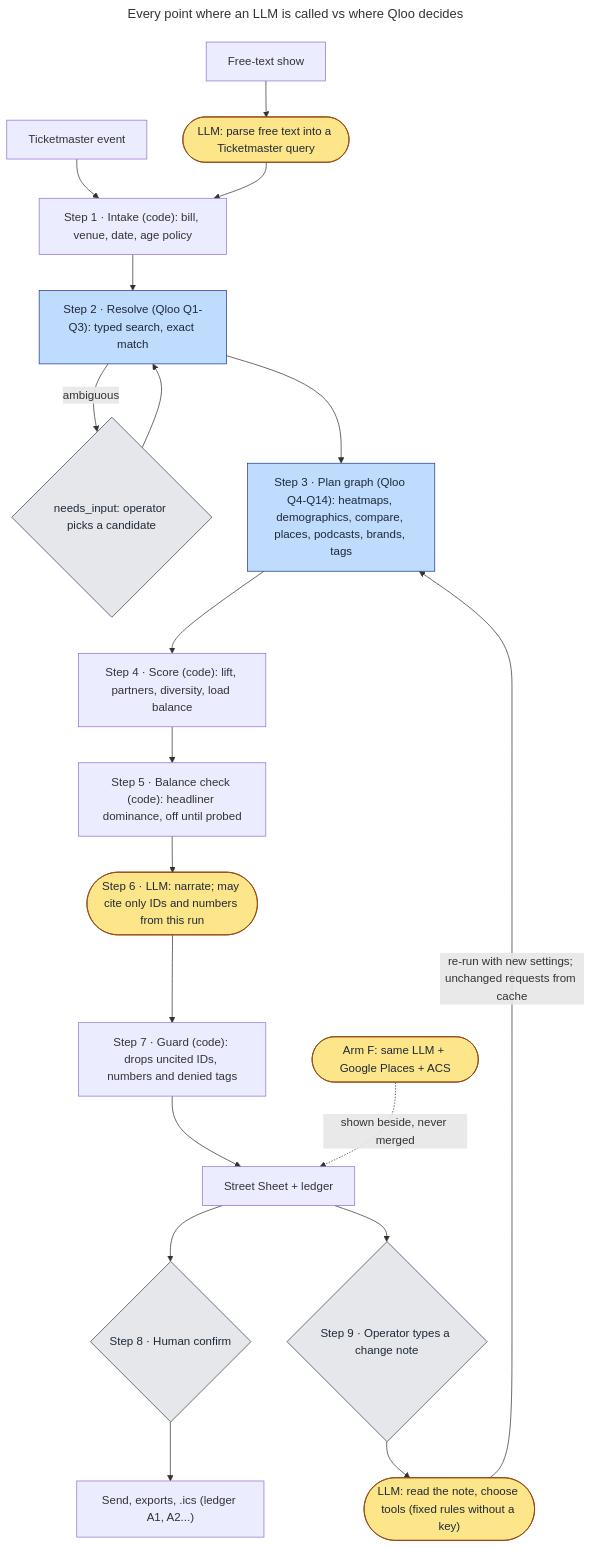
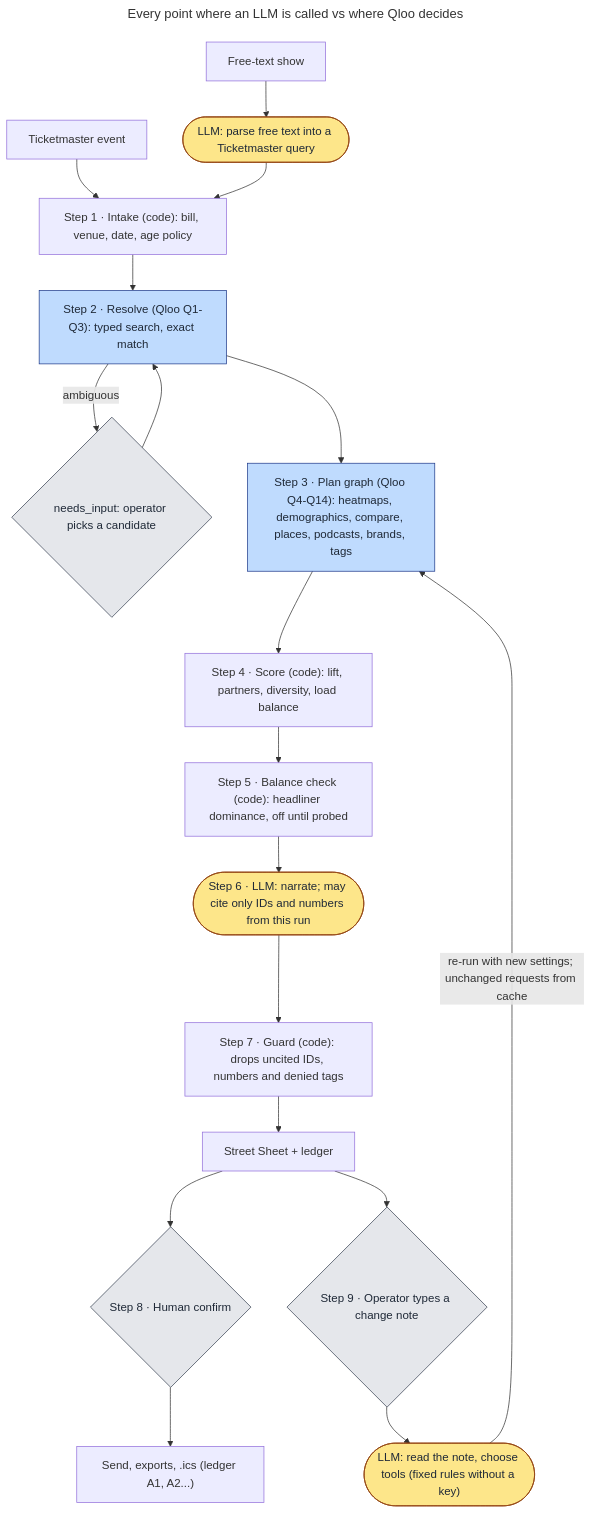
The diagram in README.md (TAUIL-Abd-Elilah/walkup), drawn with Mermaid before and after one commit. The commit also changed other lines of this file and 93 other files, not shown here.

First line of the commit message:
Remove Google Places from the product

````diff
--- a/README.md
+++ b/README.md
@@ -109,31 +109,30 @@
 ```mermaid
 ---
 title: Every point where an LLM is called vs where Qloo decides
 ---
 flowchart TD
   TMURL["Ticketmaster event"] --> INTAKE["Step 1 · Intake (code): bill, venue, date, age policy"]
   FREE["Free-text show"] --> PARSE(["LLM: parse free text into a Ticketmaster query"])
   PARSE --> INTAKE
   INTAKE --> RESOLVE["Step 2 · Resolve (Qloo Q1-Q3): typed search, exact match"]
   RESOLVE -->|ambiguous| PICK{"needs_input: operator picks a candidate"}
   PICK --> RESOLVE
   RESOLVE --> GRAPH["Step 3 · Plan graph (Qloo Q4-Q14): heatmaps, demographics, compare, places, podcasts, brands, tags"]
   GRAPH --> SCORE["Step 4 · Score (code): lift, partners, diversity, load balance"]
   SCORE --> BALANCE["Step 5 · Balance check (code): headliner dominance, off until probed"]
   BALANCE --> NARRATE(["Step 6 · LLM: narrate; may cite only IDs and numbers from this run"])
   NARRATE --> GUARD["Step 7 · Guard (code): drops uncited IDs, numbers and denied tags"]
   GUARD --> SHEET["Street Sheet + ledger"]
   SHEET --> CONFIRM{"Step 8 · Human confirm"}
   SHEET --> NOTE{"Step 9 · Operator types a change note"}
   NOTE --> REVISE(["LLM: read the note, choose tools (fixed rules without a key)"])
   REVISE -->|"re-run with new settings; unchanged requests from cache"| GRAPH
   CONFIRM --> ACT["Send, exports, .ics (ledger A1, A2...)"]
-  CONTROL(["Arm F: same LLM + Google Places + ACS"]) -.->|shown beside, never merged| SHEET
 
   classDef llm fill:#fde68a,stroke:#92400e,color:#1f2937
   classDef qloo fill:#bfdbfe,stroke:#1e3a8a,color:#1f2937
   classDef human fill:#e5e7eb,stroke:#374151,color:#1f2937
-  class PARSE,NARRATE,CONTROL,REVISE llm
+  class PARSE,NARRATE,REVISE llm
   class RESOLVE,GRAPH qloo
   class PICK,CONFIRM,NOTE human
 ```
````
